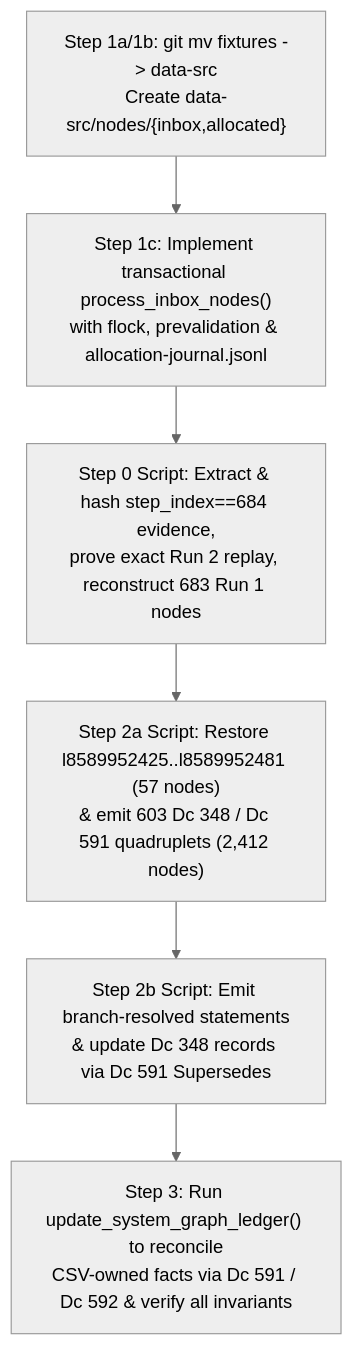
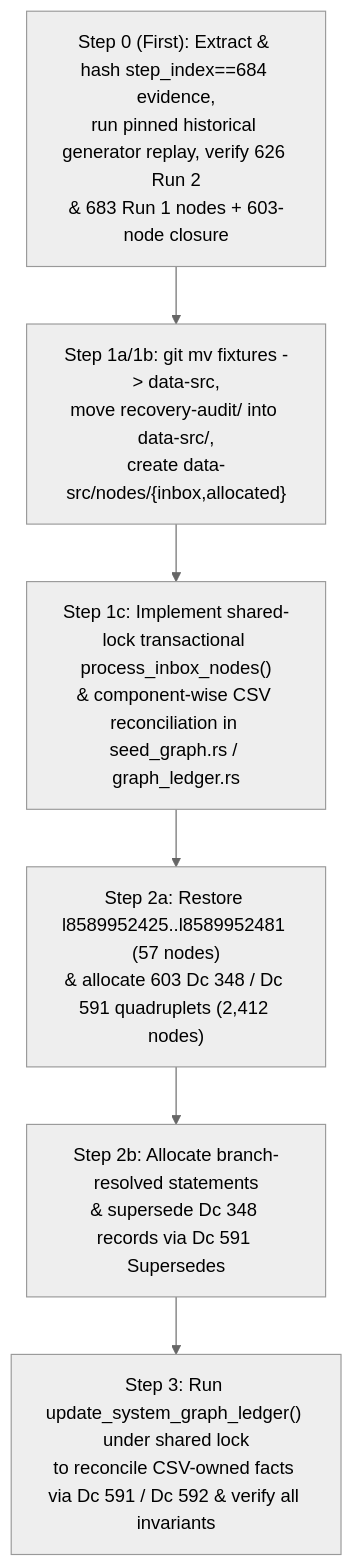
Before and after one commit to collectivetoolbox/collectivetoolbox: the diagram in docs/chats/2026-10-31-duplicate-node-recovery.md, drawn with Mermaid (neutral theme). The commit also changed other lines of this file, not shown here.

````diff
--- a/docs/chats/2026-10-31-duplicate-node-recovery.md
+++ b/docs/chats/2026-10-31-duplicate-node-recovery.md
@@ -82,8 +108,8 @@
 ```mermaid
 flowchart TD
-    A["Step 1a/1b: git mv fixtures -> data-src\nCreate data-src/nodes/{inbox,allocated}"] --> B["Step 1c: Implement transactional process_inbox_nodes()\nwith flock, prevalidation & allocation-journal.jsonl"]
-    B --> C["Step 0 Script: Extract & hash step_index==684 evidence,\nprove exact Run 2 replay, reconstruct 683 Run 1 nodes"]
-    C --> D["Step 2a Script: Restore l8589952425..l8589952481 (57 nodes)\n& emit 603 Dc 348 / Dc 591 quadruplets (2,412 nodes)"]
-    D --> E["Step 2b Script: Emit branch-resolved statements\n& update Dc 348 records via Dc 591 Supersedes"]
-    E --> F["Step 3: Run update_system_graph_ledger() to reconcile\nCSV-owned facts via Dc 591 / Dc 592 & verify all invariants"]
+    S0["Step 0 (First): Extract & hash step_index==684 evidence,\nrun pinned historical generator replay, verify 626 Run 2\n& 683 Run 1 nodes + 603-node closure"] --> S1A["Step 1a/1b: git mv fixtures -> data-src,\nmove recovery-audit/ into data-src/,\ncreate data-src/nodes/{inbox,allocated}"]
+    S1A --> S1C["Step 1c: Implement shared-lock transactional process_inbox_nodes()\n& component-wise CSV reconciliation in seed_graph.rs / graph_ledger.rs"]
+    S1C --> S2A["Step 2a: Restore l8589952425..l8589952481 (57 nodes)\n& allocate 603 Dc 348 / Dc 591 quadruplets (2,412 nodes)"]
+    S2A --> S2B["Step 2b: Allocate branch-resolved statements\n& supersede Dc 348 records via Dc 591 Supersedes"]
+    S2B --> S3["Step 3: Run update_system_graph_ledger() under shared lock\nto reconcile CSV-owned facts via Dc 591 / Dc 592 & verify all invariants"]
 ```
````
